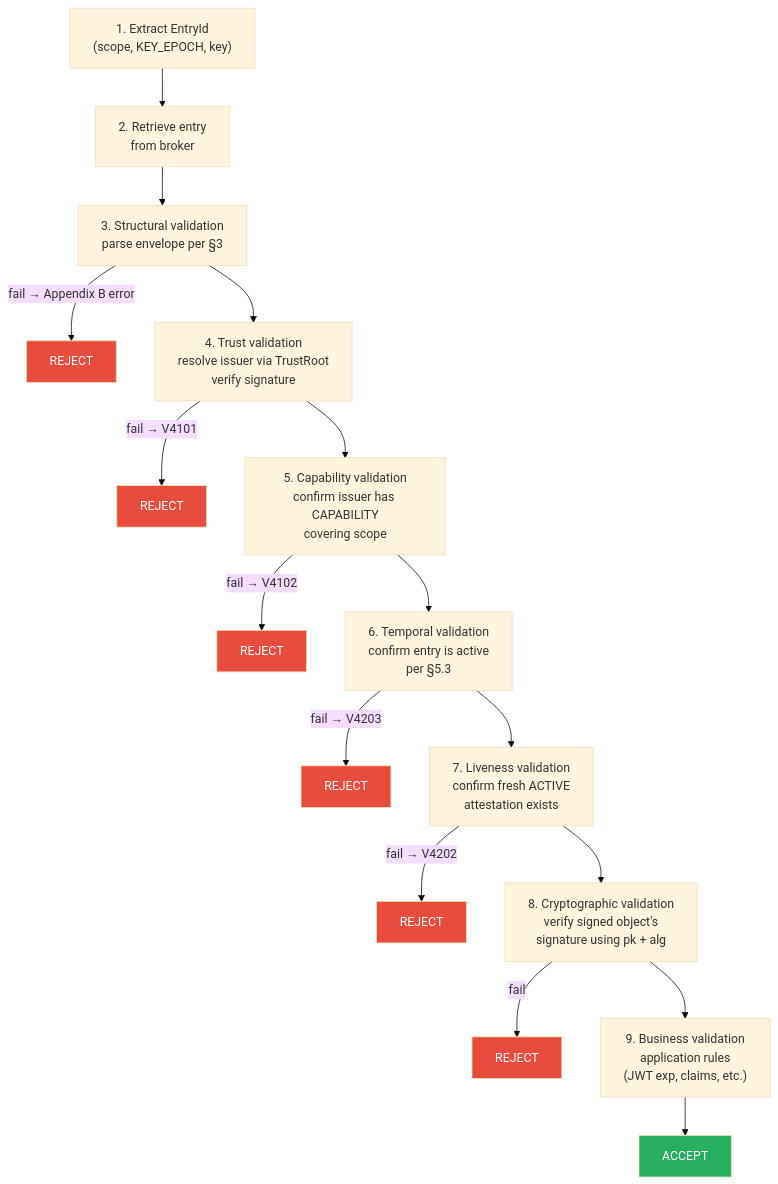
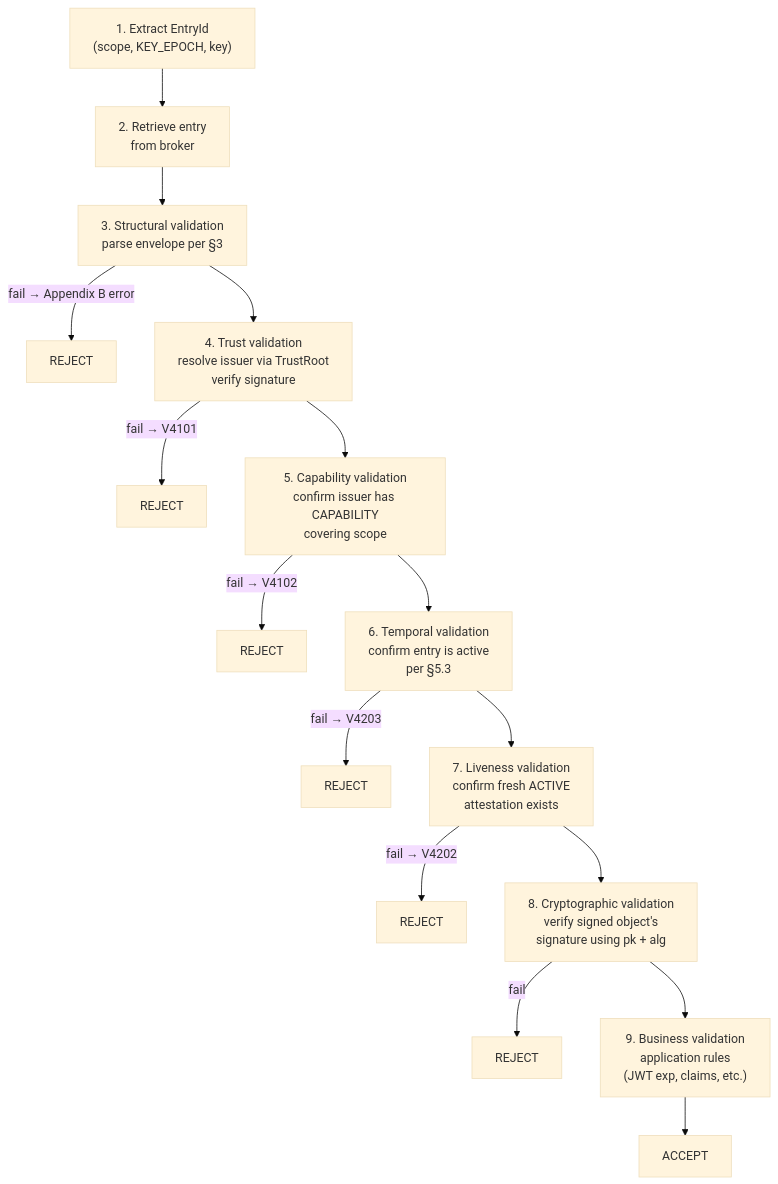
The second of 2 diagrams in docs/docs/protocol/v4/key-epoch.md (cyfko/veridot), drawn with Mermaid (base theme) before and after one commit. The commit also changed 25 other files, not shown here.

First line of the commit message:
style: remove colorful fill styles from Mermaid diagrams

````diff
--- a/docs/docs/protocol/v4/key-epoch.md
+++ b/docs/docs/protocol/v4/key-epoch.md
@@ -98,26 +98,19 @@
 ```mermaid
 flowchart TD
     S1["1. Extract EntryId\n(scope, KEY_EPOCH, key)"] --> S2["2. Retrieve entry\nfrom broker"]
     S2 --> S3["3. Structural validation\nparse envelope per §3"]
     S3 -->|"fail → Appendix B error"| R1[REJECT]
     S3 --> S4["4. Trust validation\nresolve issuer via TrustRoot\nverify signature"]
     S4 -->|"fail → V4101"| R2[REJECT]
     S4 --> S5["5. Capability validation\nconfirm issuer has CAPABILITY\ncovering scope"]
     S5 -->|"fail → V4102"| R3[REJECT]
     S5 --> S6["6. Temporal validation\nconfirm entry is active\nper §5.3"]
     S6 -->|"fail → V4203"| R4[REJECT]
     S6 --> S7["7. Liveness validation\nconfirm fresh ACTIVE\nattestation exists"]
     S7 -->|"fail → V4202"| R5[REJECT]
     S7 --> S8["8. Cryptographic validation\nverify signed object's\nsignature using pk + alg"]
     S8 -->|"fail"| R6[REJECT]
     S8 --> S9["9. Business validation\napplication rules\n(JWT exp, claims, etc.)"]
     S9 --> ACCEPT[ACCEPT]
 
-    style R1 fill:#e74c3c,color:#fff
-    style R2 fill:#e74c3c,color:#fff
-    style R3 fill:#e74c3c,color:#fff
-    style R4 fill:#e74c3c,color:#fff
-    style R5 fill:#e74c3c,color:#fff
-    style R6 fill:#e74c3c,color:#fff
-    style ACCEPT fill:#27ae60,color:#fff
 ```
````
